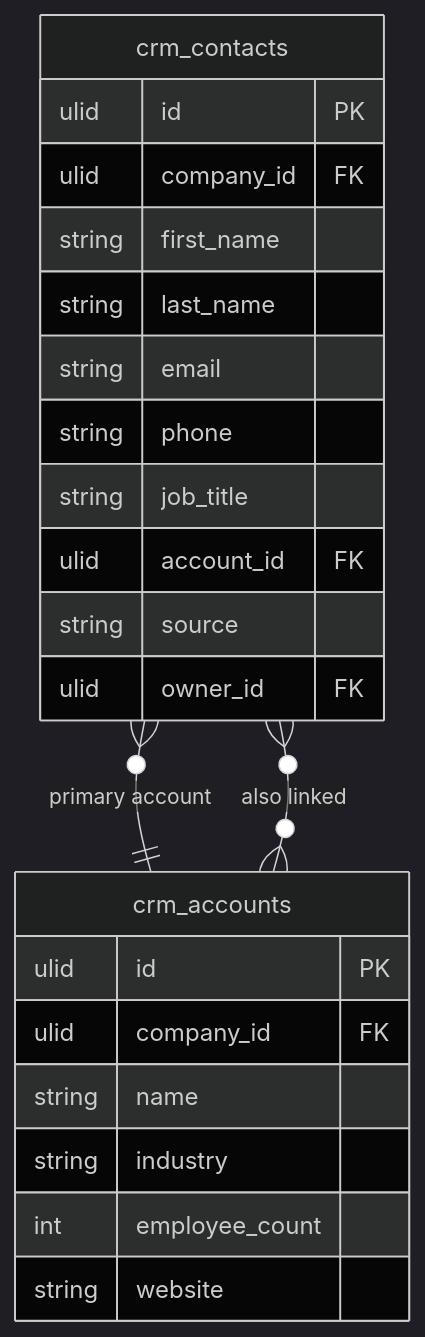
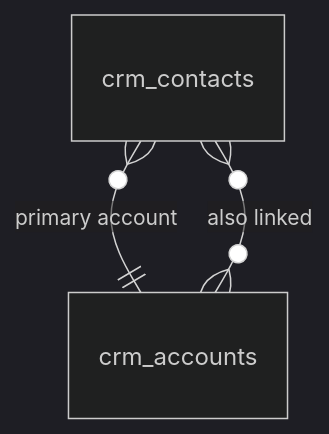
The diagram in vault/domains/crm/contacts.md (Max-Nijenkamp/FlowFlex), drawn with Mermaid (dark theme) before and after one commit. The commit also changed other lines of this file and 18 other files, not shown here.

````diff
--- a/vault/domains/crm/contacts.md
+++ b/vault/domains/crm/contacts.md
@@ -40,25 +96,5 @@
 ```mermaid
 erDiagram
-    crm_contacts {
-        ulid id PK
-        ulid company_id FK
-        string first_name
-        string last_name
-        string email
-        string phone
-        string job_title
-        ulid account_id FK
-        string source
-        ulid owner_id FK
-    }
-    crm_accounts {
-        ulid id PK
-        ulid company_id FK
-        string name
-        string industry
-        int employee_count
-        string website
-    }
     crm_contacts }o--|| crm_accounts : "primary account"
     crm_contacts }o--o{ crm_accounts : "also linked"
 ```
````
